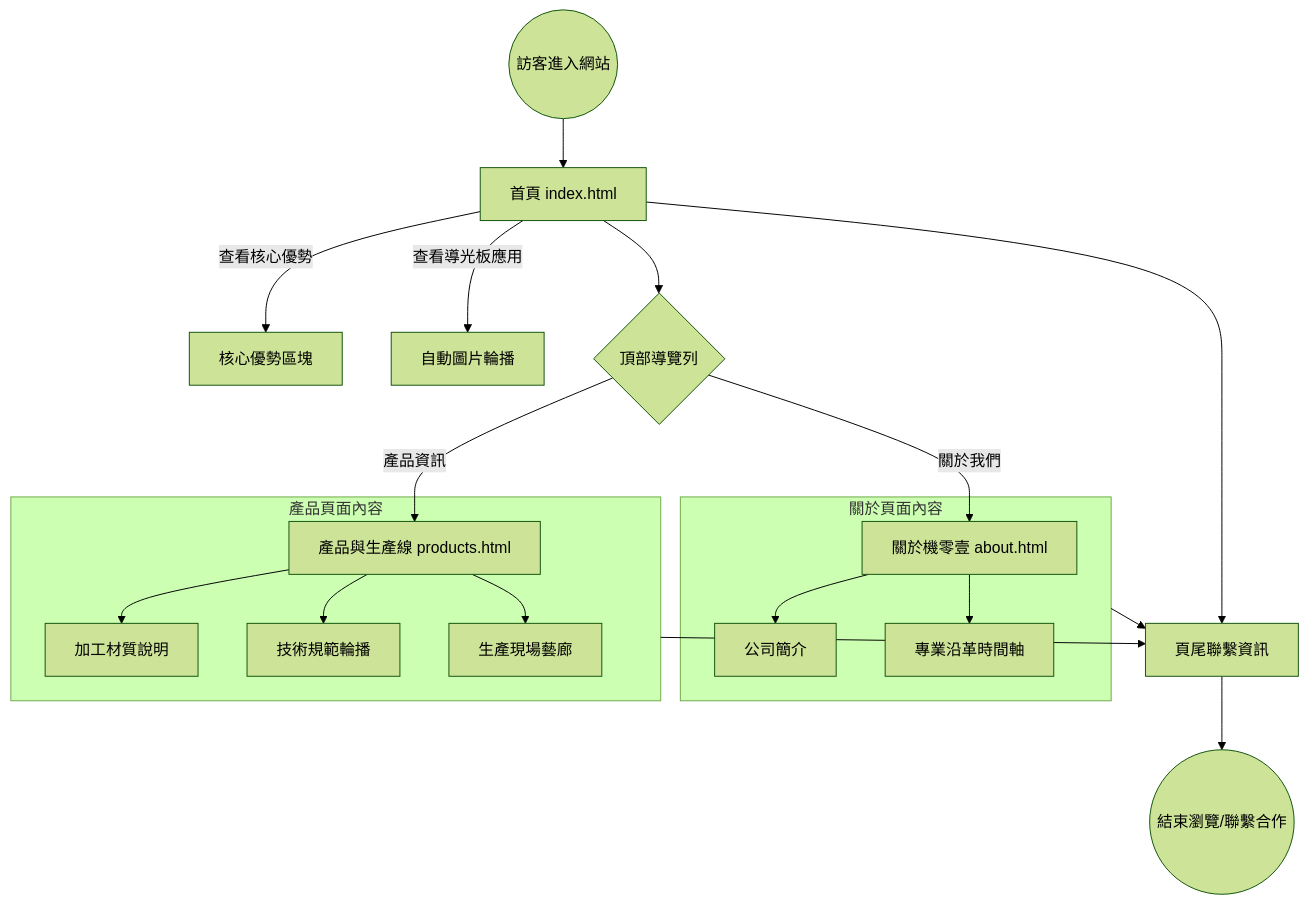
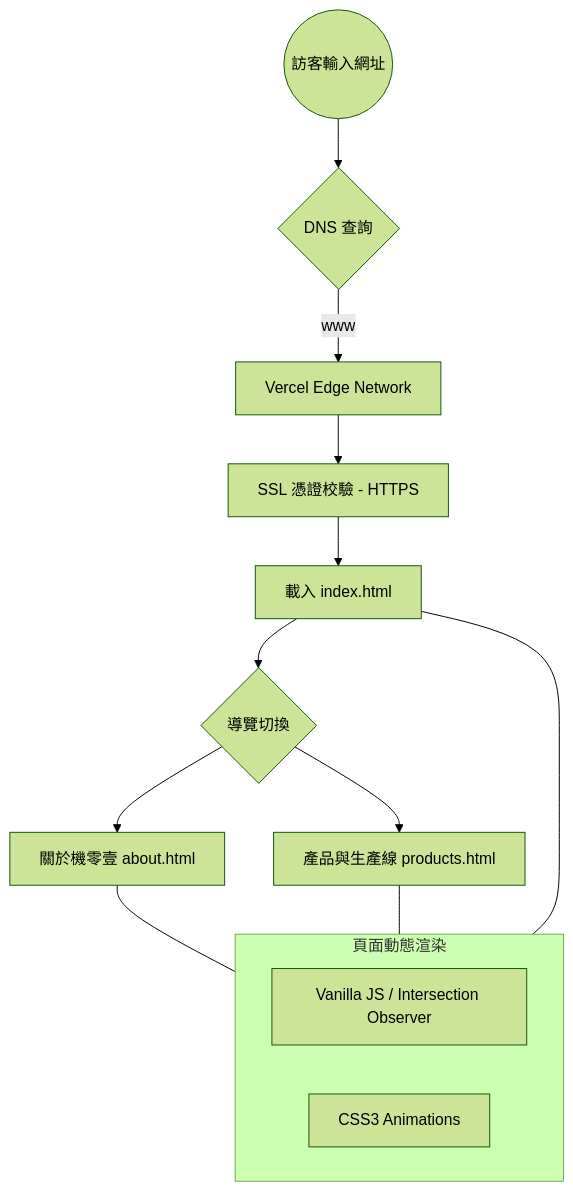
One commit to pppppppphoebe/g01_website changed the second of 2 diagrams in diagram.md. Above: the diagram before and after it, drawn with Mermaid (forest theme). The commit also changed other lines of this file, not shown here.

````diff
--- a/diagram.md
+++ b/diagram.md
@@ -37,29 +63,20 @@
 ```mermaid
 flowchart TD
-    Start((訪客進入網站)) --> Home[首頁 index.html]
+    Start((訪客輸入網址)) --> DNS{DNS 查詢}
+    DNS -->|www| Vercel[Vercel Edge Network]
+    Vercel --> SSL[SSL 憑證校驗 - HTTPS]
+    SSL --> Index[載入 index.html]
     
-    Home -->|查看核心優勢| Advantage[核心優勢區塊]
-    Home -->|查看導光板應用| Slider[自動圖片輪播]
+    Index --> Nav{導覽切換}
+    Nav --> About[關於機零壹 about.html]
+    Nav --> Products[產品與生產線 products.html]
     
-    Home --> Nav{頂部導覽列}
-    
-    Nav -->|關於我們| About[關於機零壹 about.html]
-    Nav -->|產品資訊| Products[產品與生產線 products.html]
-    
-    subgraph About_Page [關於頁面內容]
-        About --> Intro[公司簡介]
-        About --> Timeline[專業沿革時間軸]
+    subgraph Page_Effects [頁面動態渲染]
+        JS[Vanilla JS / Intersection Observer]
+        CSS[CSS3 Animations]
     end
     
-    subgraph Products_Page [產品頁面內容]
-        Products --> Materials[加工材質說明]
-        Products --> SpecSlider[技術規範輪播]
-        Products --> Gallery[生產現場藝廊]
-    end
-    
-    About_Page --> Footer[頁尾聯繫資訊]
-    Products_Page --> Footer
-    Home --> Footer
-    
-    Footer --> End((結束瀏覽/聯繫合作))
+    About --- Page_Effects
+    Products --- Page_Effects
+    Index --- Page_Effects
 ```
````
